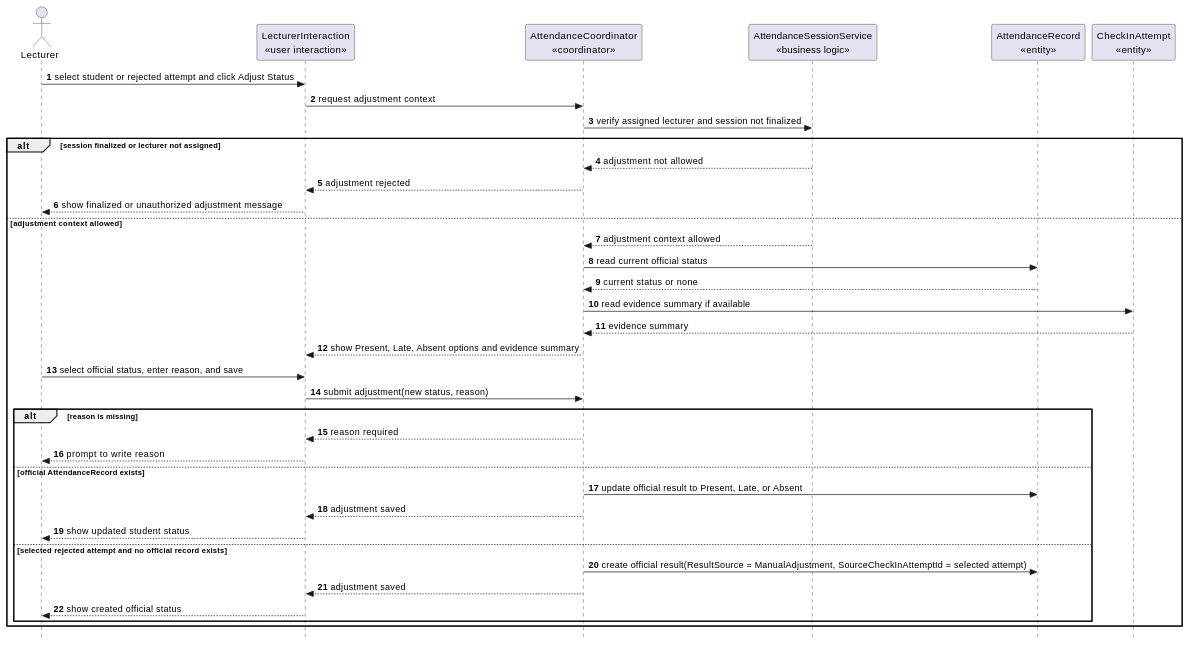
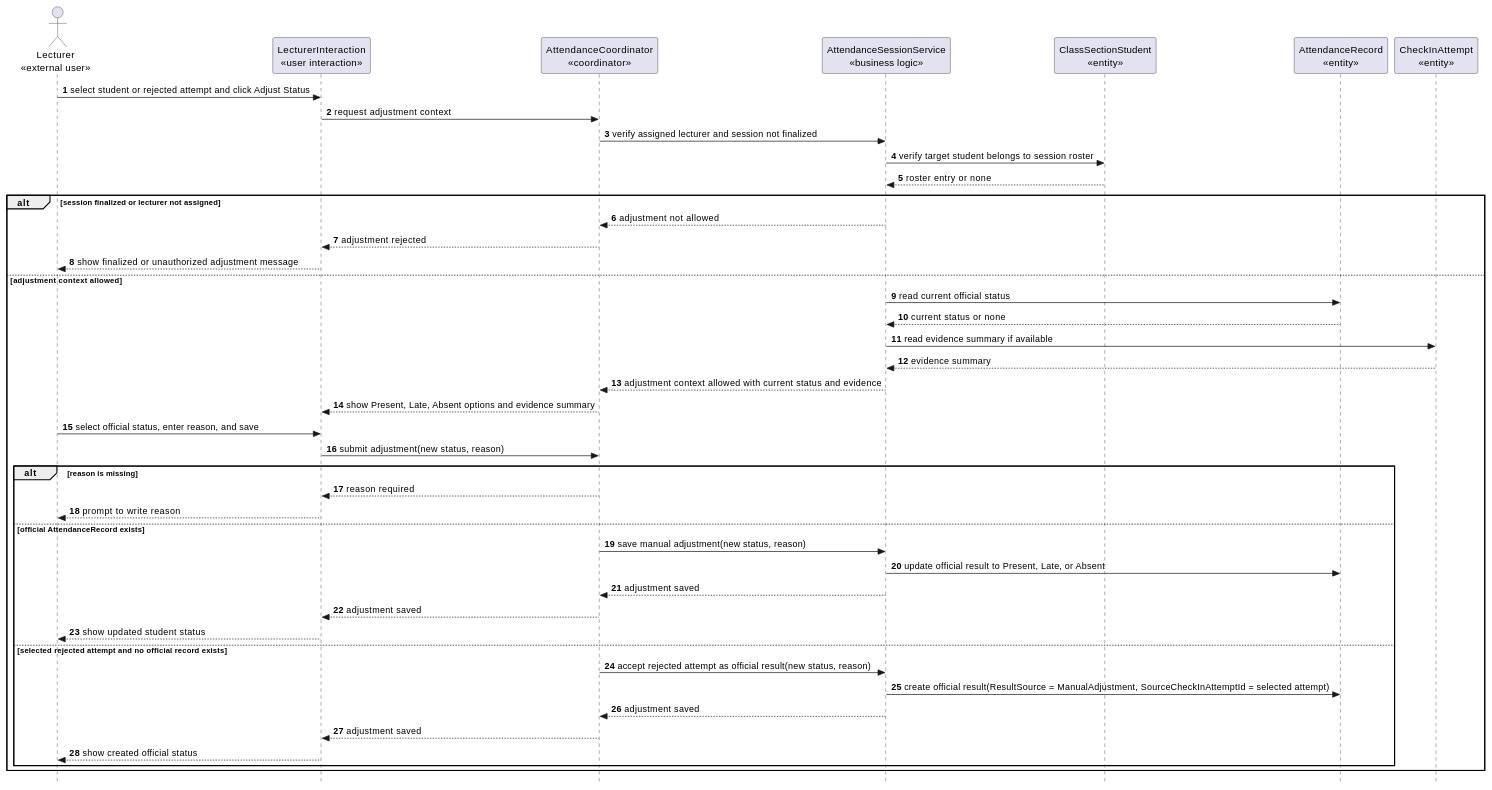
Diagram 19 of 29 in docs/sds/2_Analysis.md (nttung42/SWD392), drawn with PlantUML before and after one commit. The commit also changed other lines of this file and 1 other file, not shown here.

````diff
--- a/docs/sds/2_Analysis.md
+++ b/docs/sds/2_Analysis.md
@@ -992,44 +1033,51 @@
 ```plantuml
 @startuml
 skinparam style strictuml
 autonumber
-actor "Lecturer" as Lecturer
+actor "Lecturer\n«external user»" as Lecturer
 participant "LecturerInteraction\n«user interaction»" as LecturerUI
 participant "AttendanceCoordinator\n«coordinator»" as AdjustmentControl
 participant "AttendanceSessionService\n«business logic»" as SessionRules
+participant "ClassSectionStudent\n«entity»" as ClassSectionStudent
 participant "AttendanceRecord\n«entity»" as AttendanceRecord
 participant "CheckInAttempt\n«entity»" as CheckInAttempt
 
 Lecturer -> LecturerUI : select student or rejected attempt and click Adjust Status
 LecturerUI -> AdjustmentControl : request adjustment context
 AdjustmentControl -> SessionRules : verify assigned lecturer and session not finalized
+SessionRules -> ClassSectionStudent : verify target student belongs to session roster
+ClassSectionStudent --> SessionRules : roster entry or none
 
 alt session finalized or lecturer not assigned
   SessionRules --> AdjustmentControl : adjustment not allowed
   AdjustmentControl --> LecturerUI : adjustment rejected
   LecturerUI --> Lecturer : show finalized or unauthorized adjustment message
 else adjustment context allowed
-  SessionRules --> AdjustmentControl : adjustment context allowed
-  AdjustmentControl -> AttendanceRecord : read current official status
-  AttendanceRecord --> AdjustmentControl : current status or none
-  AdjustmentControl -> CheckInAttempt : read evidence summary if available
-  CheckInAttempt --> AdjustmentControl : evidence summary
+  SessionRules -> AttendanceRecord : read current official status
+  AttendanceRecord --> SessionRules : current status or none
+  SessionRules -> CheckInAttempt : read evidence summary if available
+  CheckInAttempt --> SessionRules : evidence summary
+  SessionRules --> AdjustmentControl : adjustment context allowed with current status and evidence
   AdjustmentControl --> LecturerUI : show Present, Late, Absent options and evidence summary
   Lecturer -> LecturerUI : select official status, enter reason, and save
   LecturerUI -> AdjustmentControl : submit adjustment(new status, reason)
 
   alt reason is missing
     AdjustmentControl --> LecturerUI : reason required
     LecturerUI --> Lecturer : prompt to write reason
   else official AttendanceRecord exists
-    AdjustmentControl -> AttendanceRecord : update official result to Present, Late, or Absent
+    AdjustmentControl -> SessionRules : save manual adjustment(new status, reason)
+    SessionRules -> AttendanceRecord : update official result to Present, Late, or Absent
+    SessionRules --> AdjustmentControl : adjustment saved
     AdjustmentControl --> LecturerUI : adjustment saved
     LecturerUI --> Lecturer : show updated student status
   else selected rejected attempt and no official record exists
-    AdjustmentControl -> AttendanceRecord : create official result(ResultSource = ManualAdjustment, SourceCheckInAttemptId = selected attempt)
+    AdjustmentControl -> SessionRules : accept rejected attempt as official result(new status, reason)
+    SessionRules -> AttendanceRecord : create official result(ResultSource = ManualAdjustment, SourceCheckInAttemptId = selected attempt)
+    SessionRules --> AdjustmentControl : adjustment saved
     AdjustmentControl --> LecturerUI : adjustment saved
     LecturerUI --> Lecturer : show created official status
   end
 end
 @enduml
 ```
````
